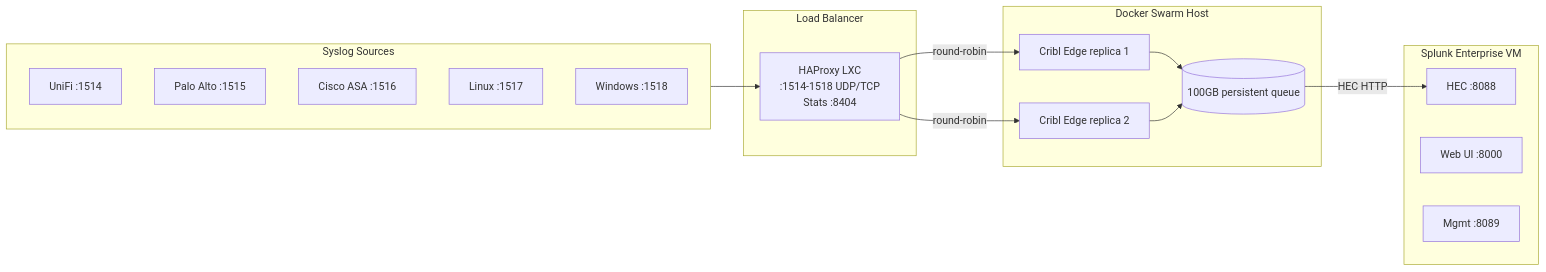
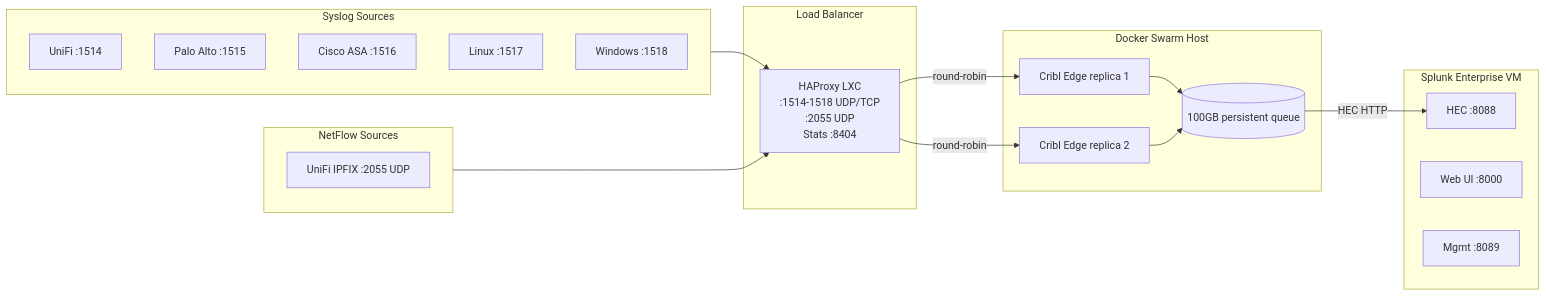
One commit to JacobPEvans/terraform-proxmox changed the second of 3 diagrams in docs/ARCHITECTURE.md. Above: the diagram before and after it, drawn with Mermaid. The commit also changed 2 other files, not shown here.

Commit message:
feat: add netflow_ports to pipeline_constants and update docs
Add UDP 2055 (NetFlow/IPFIX) to `pipeline_constants.netflow_ports` in
locals.tf so downstream Ansible repos can consume it from the single
source of truth via `ansible_inventory.constants.netflow_ports`.

Update LOGGING_PIPELINE.md and ARCHITECTURE.md to reflect that NetFlow
is already active (UniFi IPFIX → HAProxy :2055 → Cribl Edge → Splunk
`network` index).

````diff
--- a/docs/ARCHITECTURE.md
+++ b/docs/ARCHITECTURE.md
@@ -54,33 +54,38 @@
 ```mermaid
 flowchart LR
     subgraph Sources["Syslog Sources"]
         U[UniFi :1514]
         PA[Palo Alto :1515]
         CA[Cisco ASA :1516]
         LN[Linux :1517]
         WN[Windows :1518]
     end
 
+    subgraph NetFlow["NetFlow Sources"]
+        NF[UniFi IPFIX :2055 UDP]
+    end
+
     subgraph LB["Load Balancer"]
-        HAP[HAProxy LXC<br/>:1514-1518 UDP/TCP<br/>Stats :8404]
+        HAP[HAProxy LXC<br/>:1514-1518 UDP/TCP<br/>:2055 UDP<br/>Stats :8404]
     end
 
     subgraph Collectors["Docker Swarm Host"]
         CE1[Cribl Edge replica 1]
         CE2[Cribl Edge replica 2]
         PQ[(100GB persistent queue)]
     end
 
     subgraph Destination["Splunk Enterprise VM"]
         HEC[HEC :8088]
         WEB[Web UI :8000]
         MGMT[Mgmt :8089]
     end
 
     Sources --> HAP
+    NetFlow --> HAP
     HAP -->|round-robin| CE1
     HAP -->|round-robin| CE2
     CE1 --> PQ
     CE2 --> PQ
     PQ -->|HEC HTTP| HEC
 ```
````
